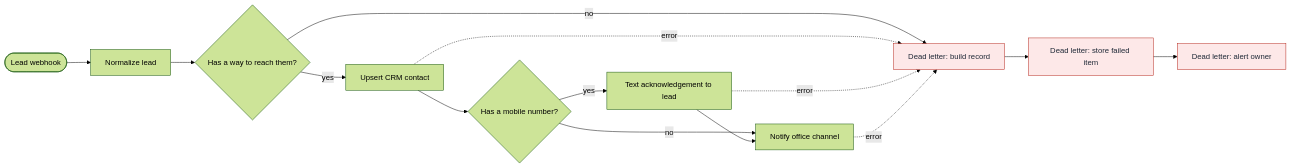
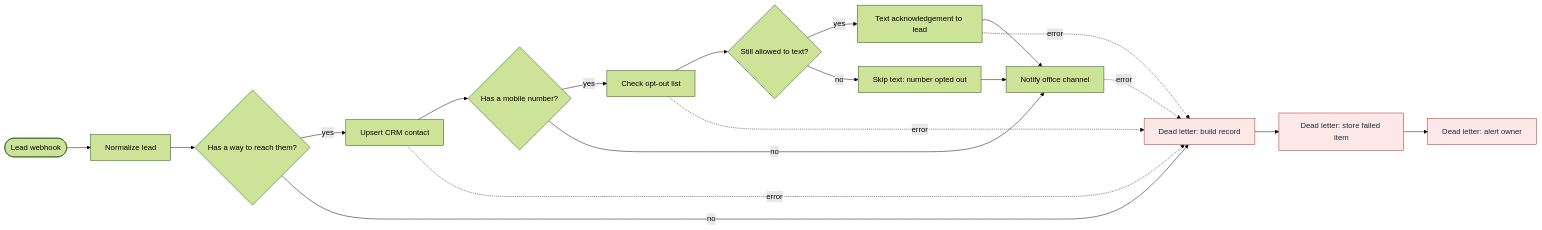
The diagram in workflows/01-lead-intake/README.md (midcityhandyman/n8n-workflow-library), drawn with Mermaid (forest theme) before and after one commit. The commit also changed other lines of this file and 31 other files, not shown here.

First line of the commit message:
Add SMS opt-out handling: STOP workflow, opt-out check and line on every customer text

````diff
--- a/workflows/01-lead-intake/README.md
+++ b/workflows/01-lead-intake/README.md
@@ -13,28 +13,36 @@
 ```mermaid
 flowchart LR
     n1(["Lead webhook"])
     n2["Normalize lead"]
     n3{"Has a way to reach them?"}
     n4["Upsert CRM contact"]
     n5{"Has a mobile number?"}
-    n6["Text acknowledgement to lead"]
-    n7["Notify office channel"]
-    n8["Dead letter: build record"]
-    n9["Dead letter: store failed item"]
-    n10["Dead letter: alert owner"]
+    n6["Check opt-out list"]
+    n7{"Still allowed to text?"}
+    n8["Skip text: number opted out"]
+    n9["Text acknowledgement to lead"]
+    n10["Notify office channel"]
+    n11["Dead letter: build record"]
+    n12["Dead letter: store failed item"]
+    n13["Dead letter: alert owner"]
     n1 --> n2
     n2 --> n3
     n3 -- yes --> n4
-    n3 -- no --> n8
+    n3 -- no --> n11
     n4 --> n5
-    n4 -. error .-> n8
+    n4 -. error .-> n11
     n5 -- yes --> n6
-    n5 -- no --> n7
+    n5 -- no --> n10
     n6 --> n7
-    n6 -. error .-> n8
-    n7 -. error .-> n8
-    n8 --> n9
+    n6 -. error .-> n11
+    n7 -- yes --> n9
+    n7 -- no --> n8
+    n8 --> n10
     n9 --> n10
+    n9 -. error .-> n11
+    n10 -. error .-> n11
+    n11 --> n12
+    n12 --> n13
     classDef dead fill:#fde8e8,stroke:#b42318,color:#1f2937
-    class n8,n9,n10 dead
+    class n11,n12,n13 dead
 ```
````
